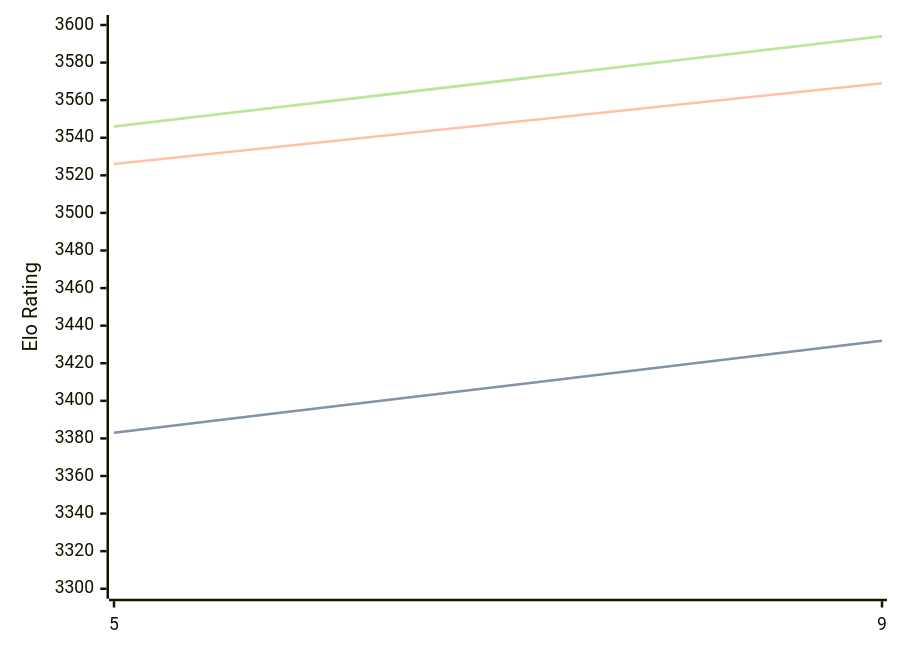
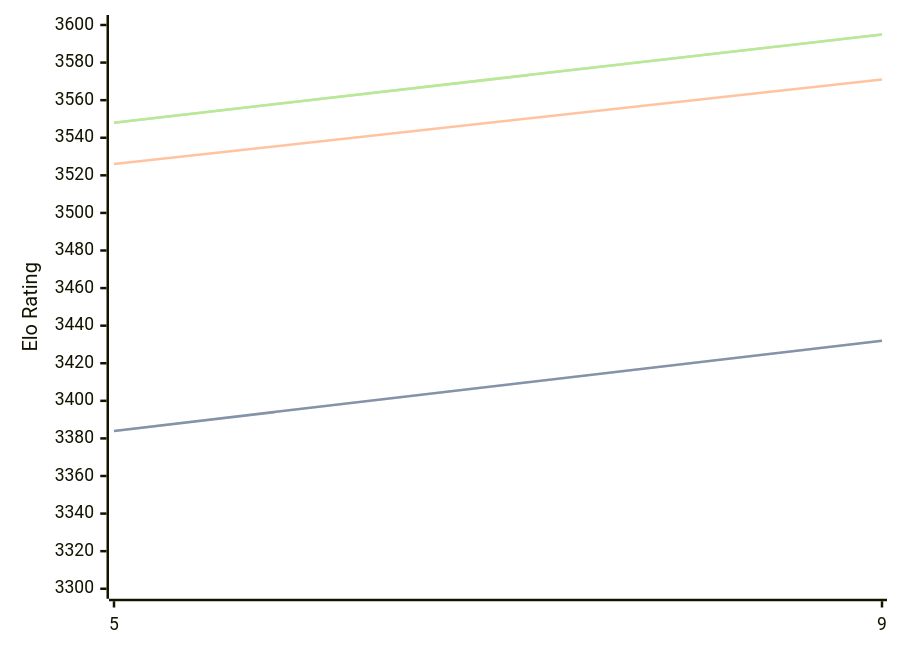
One commit to computer-chess-index/cci changed the diagram in engines/Crystal.md. Above: the diagram before and after it, drawn with Mermaid. The commit also changed other lines of this file, not shown here.

Commit message:
Update CCI Ratings (ELO VLTC) - 2026-09-14

````diff
--- a/engines/Crystal.md
+++ b/engines/Crystal.md
@@ -32,11 +32,11 @@
 ```mermaid
 %%{init: {"theme":"base","themeVariables":{"seriesColors:['#a3a3a3','#222221','#faa371']}}}%%
 xychart-beta
   x-axis ["5", "9"]
   y-axis "Elo Rating" 3300 --> 3600
-  line "" [3383, 3432]
-  line "STC (8.0+0.08s)" [3383, 3432]
-  line "LTC (60.0+0.60s)" [3526, 3569]
-  line "" [3546, 3594]
-  line "VLTC (2m24s+1.12s)" [3546, 3594]
+  line "" [3384, 3432]
+  line "STC (8.0+0.08s)" [3384, 3432]
+  line "LTC (60.0+0.60s)" [3526, 3571]
+  line "" [3548, 3595]
+  line "VLTC (2m24s+1.12s)" [3548, 3595]
 ```
````
